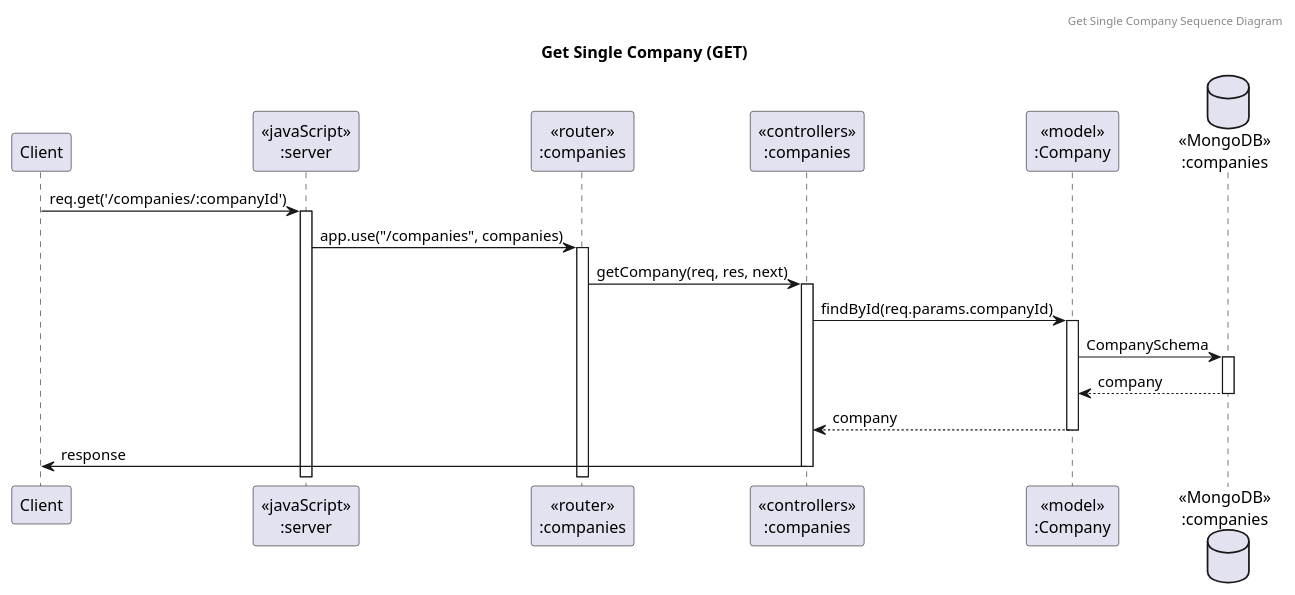
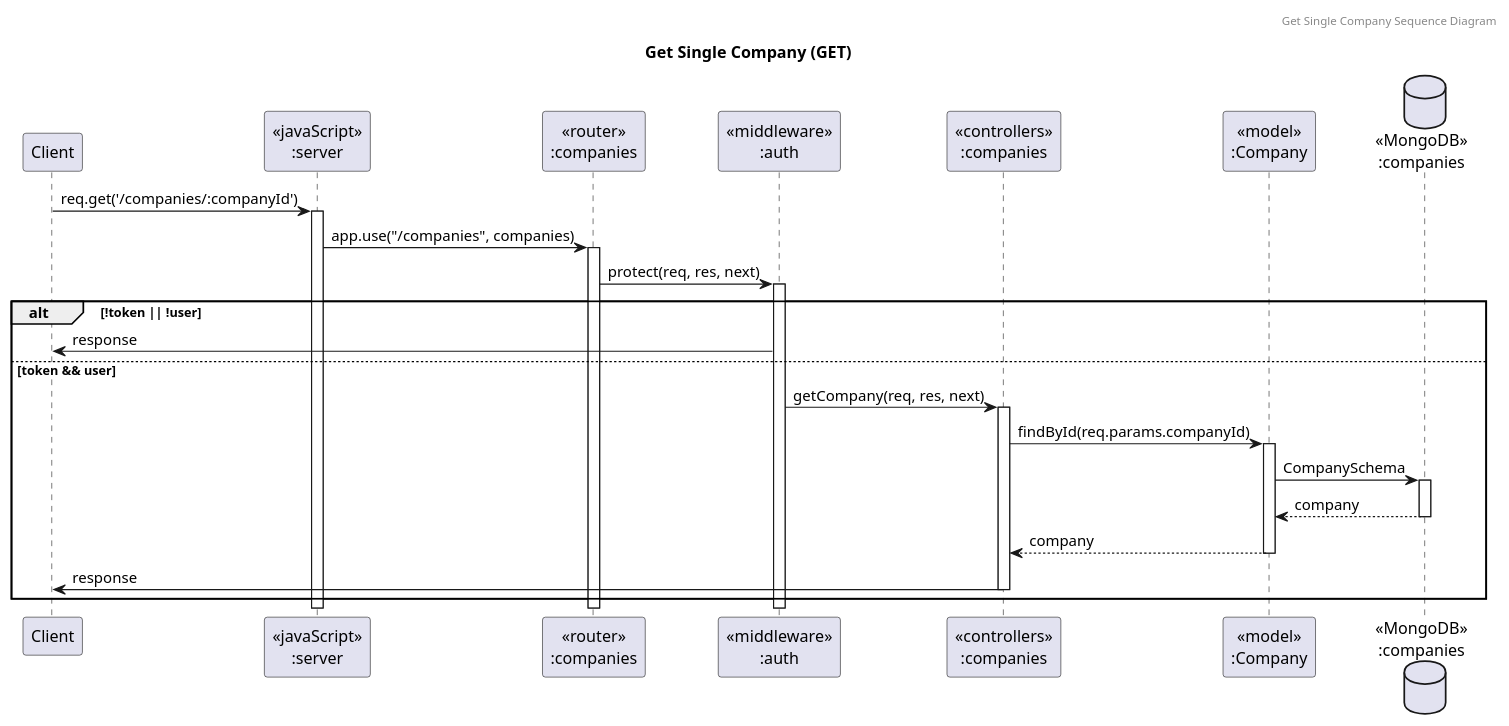
The diagram in diagrams/sequence_diagram/company/get_single_company.puml (its144prelationship-study/swdevprac-project), drawn with PlantUML before and after one commit. The commit also changed 14 other files, not shown here.

Commit message:
fix: fix company sequence diagram

```diff
--- a/diagrams/sequence_diagram/company/get_single_company.puml
+++ b/diagrams/sequence_diagram/company/get_single_company.puml
@@ -1,22 +1,28 @@
 @startuml Get Single Company (GET)
 
 header Get Single Company Sequence Diagram
 title "Get Single Company (GET)"
 
 participant "Client" as client
 participant "<<javaScript>>\n:server" as server
 participant "<<router>>\n:companies" as routerCompanies
+participant "<<middleware>>\n:auth" as authMiddleware
 participant "<<controllers>>\n:companies" as controllersCompanies
 participant "<<model>>\n:Company" as modelCompanies
 database "<<MongoDB>>\n:companies" as CompaniesDatabase
 
 client -> server ++:req.get('/companies/:companyId')
 server -> routerCompanies ++:app.use("/companies", companies)
-routerCompanies -> controllersCompanies ++:getCompany(req, res, next)
-controllersCompanies -> modelCompanies ++:findById(req.params.companyId)
-modelCompanies -> CompaniesDatabase ++: CompanySchema
-CompaniesDatabase --> modelCompanies --: company
-controllersCompanies <-- modelCompanies --: company
-controllersCompanies -> client --: response
+routerCompanies -> authMiddleware ++:protect(req, res, next)
+alt !token || !user
+    authMiddleware -> client :response
+else token && user
+    authMiddleware -> controllersCompanies ++:getCompany(req, res, next)
+    controllersCompanies -> modelCompanies ++:findById(req.params.companyId)
+    modelCompanies -> CompaniesDatabase ++: CompanySchema
+    CompaniesDatabase --> modelCompanies --: company
+    controllersCompanies <-- modelCompanies --: company
+    controllersCompanies -> client --: response
+end
 
 @enduml
```
